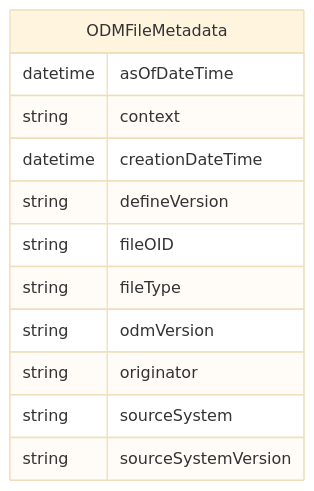
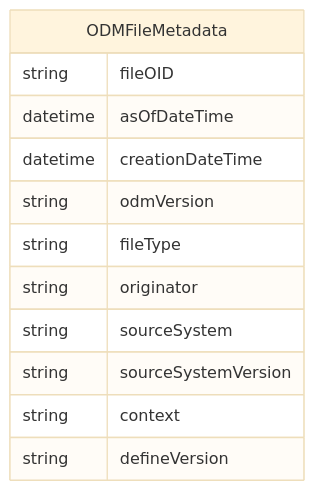
The diagram in docs/classes/ODMFileMetadata.md (cdisc-org/DataExchange-DDS), drawn with Mermaid (base theme) before and after one commit. The commit also changed other lines of this file and 313 other files, not shown here.

````diff
--- a/docs/classes/ODMFileMetadata.md
+++ b/docs/classes/ODMFileMetadata.md
@@ -20,18 +15,18 @@
 ```mermaid
 erDiagram
 ODMFileMetadata {
+    string fileOID  
     datetime asOfDateTime  
-    string context  
     datetime creationDateTime  
-    string defineVersion  
-    string fileOID  
+    string odmVersion  
     string fileType  
-    string odmVersion  
     string originator  
     string sourceSystem  
     string sourceSystemVersion  
+    string context  
+    string defineVersion  
 }
 
 
 
 ```
````
